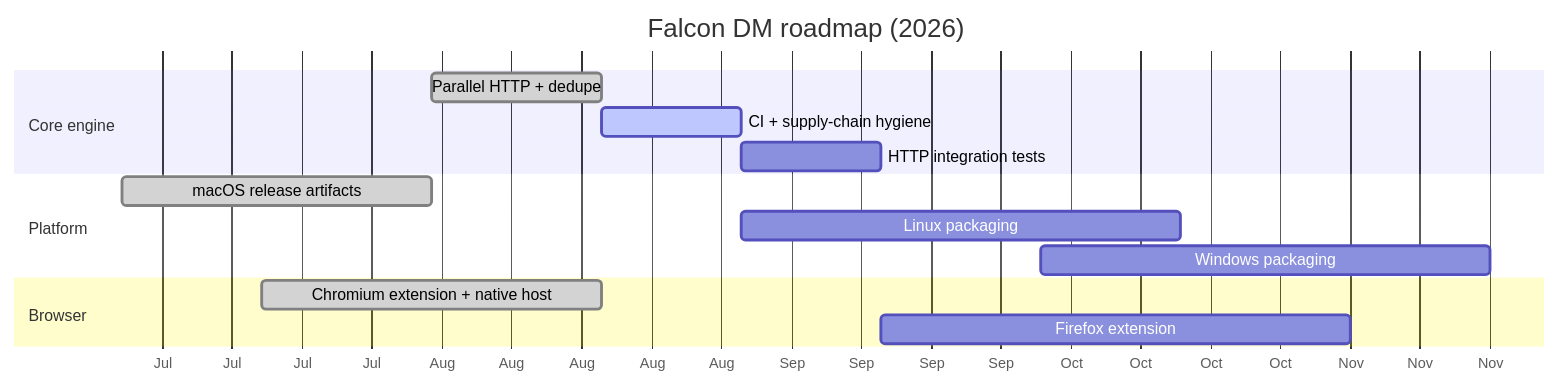
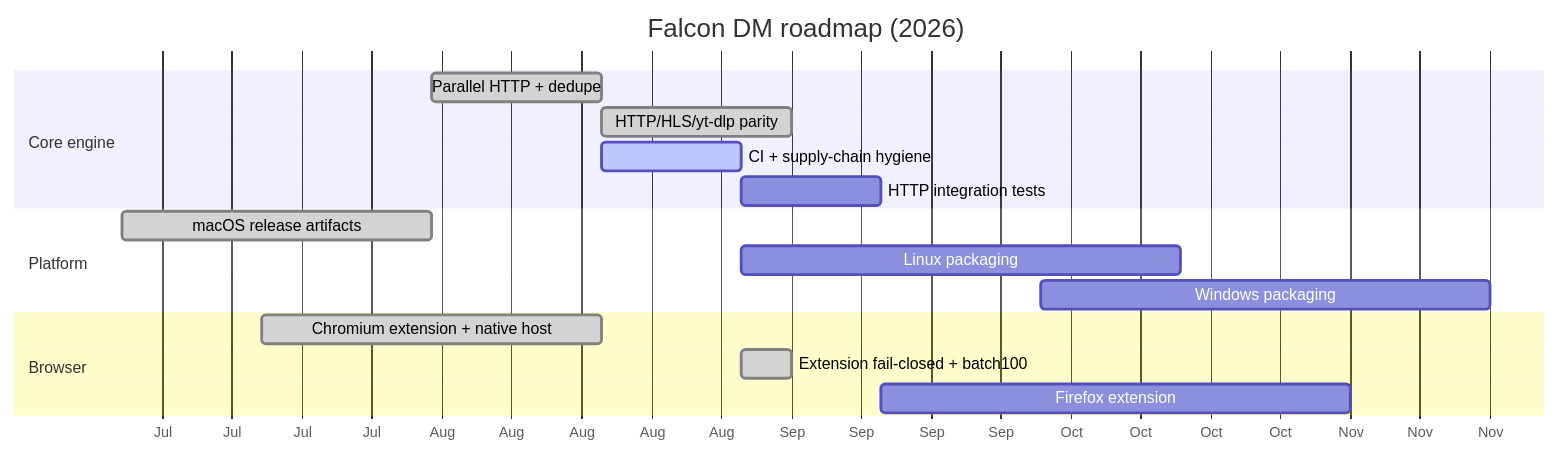
Before and after one commit to batu3384/falcon-dm: the diagram in wiki/Roadmap.md, drawn with Mermaid. The commit also changed other lines of this file and 15 other files, not shown here.

````diff
--- a/wiki/Roadmap.md
+++ b/wiki/Roadmap.md
@@ -45,20 +59,22 @@
 ```mermaid
 gantt
     title Falcon DM roadmap (2026)
     dateFormat YYYY-MM-DD
     axisFormat %b
 
     section Core engine
     Parallel HTTP + dedupe           :done, core1, 2026-08-01, 2026-08-18
+    HTTP/HLS/yt-dlp parity           :done, core4, 2026-08-18, 2026-09-06
     CI + supply-chain hygiene        :active, core2, 2026-08-18, 2026-09-01
     HTTP integration tests           :core3, 2026-09-01, 2026-09-15
 
     section Platform
     macOS release artifacts          :done, plat1, 2026-07-01, 2026-08-01
     Linux packaging                  :plat2, 2026-09-01, 2026-10-15
     Windows packaging                :plat3, 2026-10-01, 2026-11-15
 
     section Browser
     Chromium extension + native host :done, ext1, 2026-07-15, 2026-08-18
+    Extension fail-closed + batch100 :done, ext3, 2026-09-01, 2026-09-06
     Firefox extension                :ext2, 2026-09-15, 2026-11-01
 ```
````
